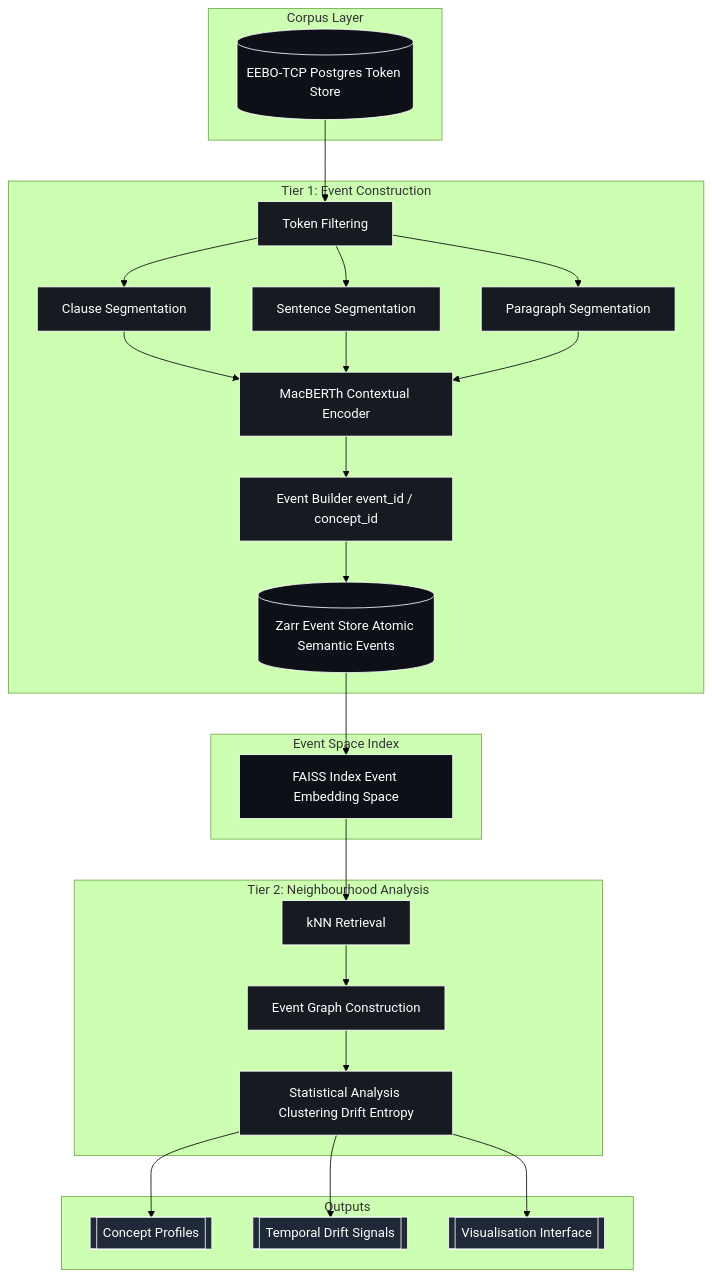
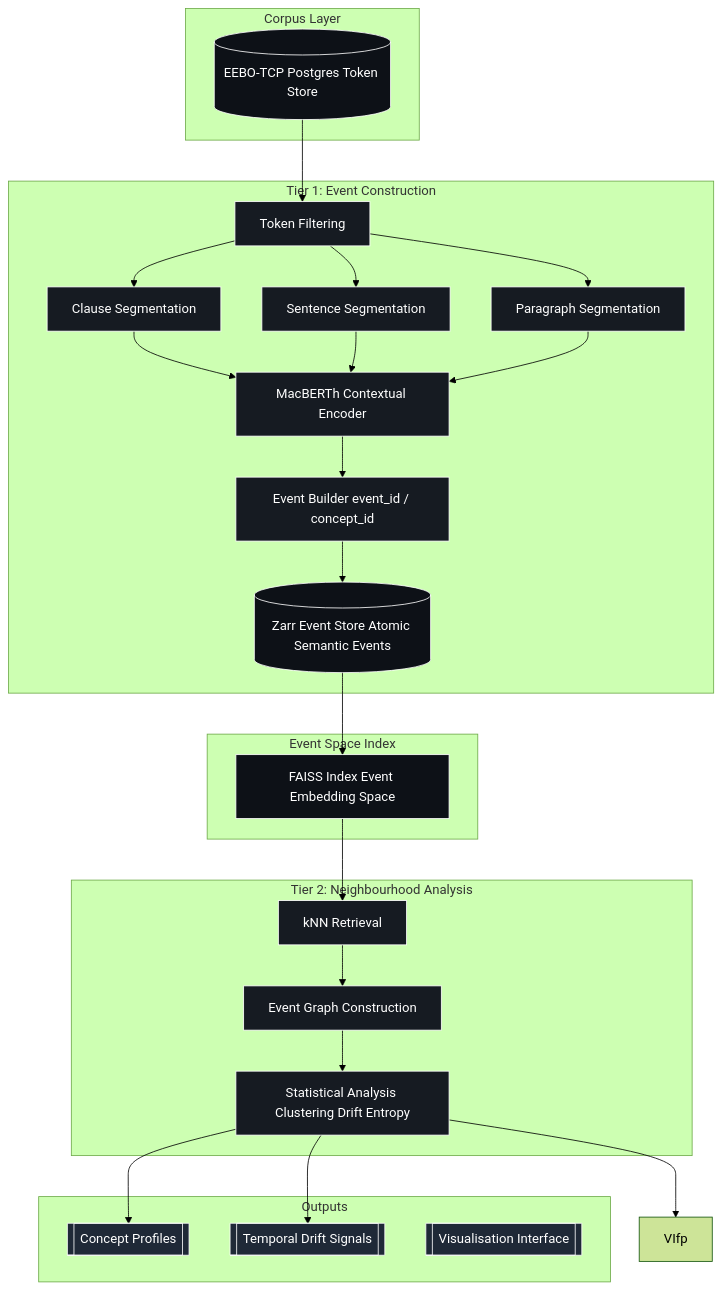
Before and after one commit to leegee/mutatis-mutandis: the diagram in README.md, drawn with Mermaid (forest theme). The commit also changed other lines of this file, not shown here.

````diff
--- a/README.md
+++ b/README.md
@@ -43,61 +51,61 @@
 ```mermaid
 flowchart TB
 
 classDef dark fill:#0d1117,stroke:#ffffff,color:#ffffff,stroke-width:1px;
 classDef store fill:#161b22,stroke:#ffffff,color:#ffffff,stroke-width:1px;
 classDef output fill:#1f2937,stroke:#ffffff,color:#ffffff,stroke-width:1px;
 
 subgraph L0["Corpus Layer"]
 PG[(EEBO-TCP Postgres Token Store)]
 end
 
 subgraph L1["Tier 1: Event Construction"]
 TF[Token Filtering]
 
 CS[Clause Segmentation]
 SS[Sentence Segmentation]
 PS[Paragraph Segmentation]
 
 MB[MacBERTh Contextual Encoder]
 EB[Event Builder event_id / concept_id]
 ZS[(Zarr Event Store Atomic Semantic Events)]
 end
 
 subgraph L2["Event Space Index"]
 FI[FAISS Index Event Embedding Space]
 end
 
 subgraph L3["Tier 2: Neighbourhood Analysis"]
 KR[kNN Retrieval]
 EG[Event Graph Construction]
 SA[Statistical Analysis Clustering Drift Entropy]
 end
 
 subgraph L4["Outputs"]
 CP[[Concept Profiles]]
 TD[[Temporal Drift Signals]]
 VI[[Visualisation Interface]]
 end
 
 PG --> TF
 
 TF --> CS
 TF --> SS
 TF --> PS
 
 CS --> MB
 SS --> MB
 PS --> MB
 
 MB --> EB --> ZS --> FI
 
 FI --> KR --> EG --> SA
 
 SA --> CP
 SA --> TD
-SA --> VI
+SA --> VIfp
 
 class PG,ZS,FI dark;
 class TF,CS,SS,PS,MB,EB,KR,EG,SA store;
 class CP,TD,VI output;
 ```
````
